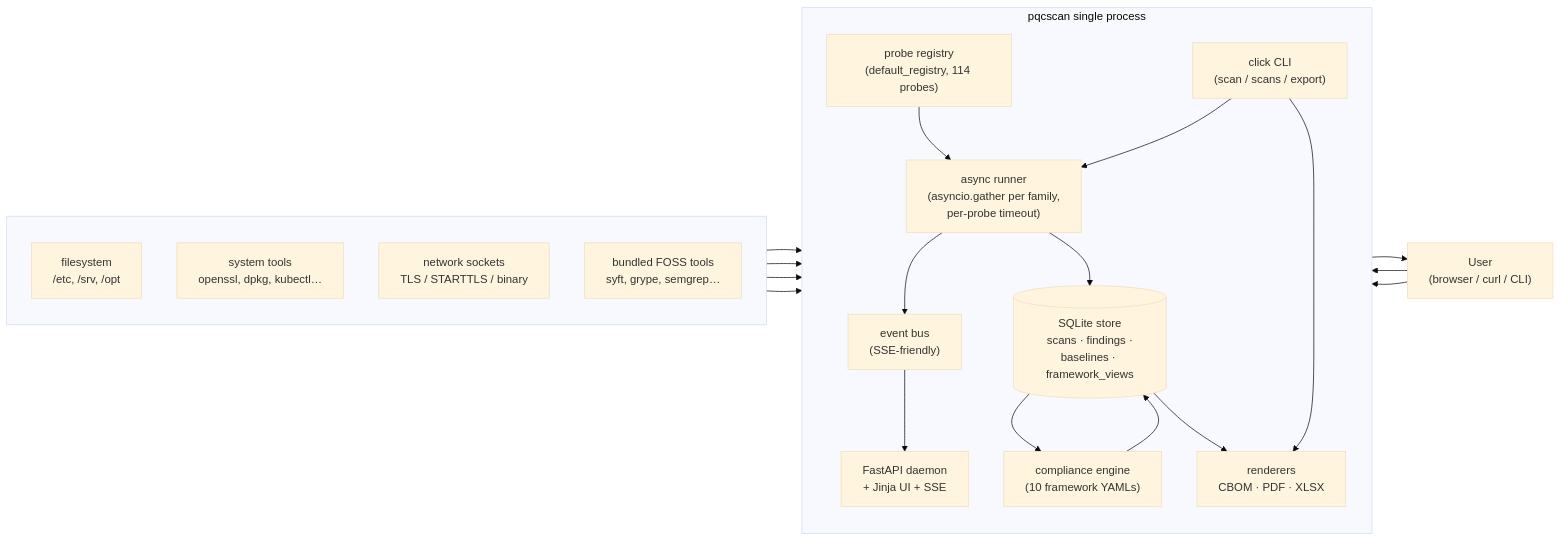
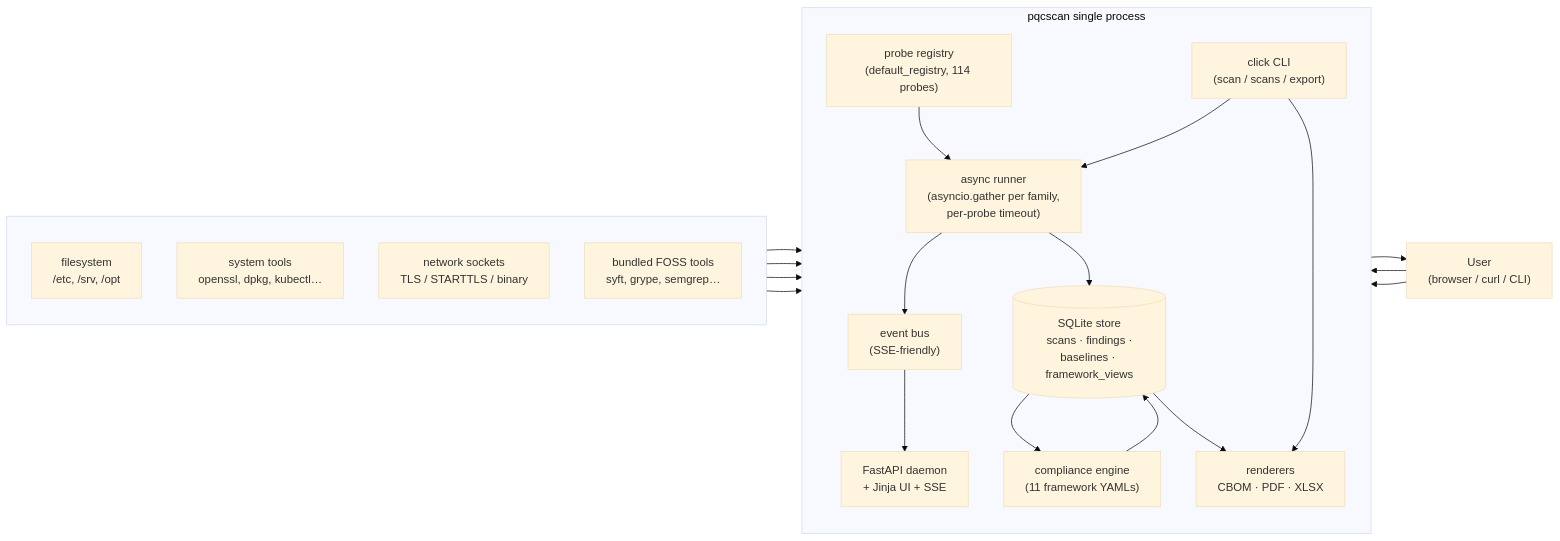
Before and after one commit to orengacademy/pqc-scanner2: the first of 8 diagrams in README.md, drawn with Mermaid (base theme). The commit also changed other lines of this file and 9 other files, not shown here.

First line of the commit message:
feat(reporting): SARIF 2.1.0 renderer + QRAMM compliance framework

````diff
--- a/README.md
+++ b/README.md
@@ -34,39 +34,39 @@
 ```mermaid
 flowchart LR
     subgraph host[" "]
         direction TB
         FS["filesystem<br/>/etc, /srv, /opt"]
         SYS["system tools<br/>openssl, dpkg, kubectl…"]
         NET["network sockets<br/>TLS / STARTTLS / binary"]
         FOSS["bundled FOSS tools<br/>syft, grype, semgrep…"]
     end
 
     subgraph proc["pqcscan single process"]
         direction TB
         REG["probe registry<br/>(default_registry, 114 probes)"]
         RUN["async runner<br/>(asyncio.gather per family,<br/>per-probe timeout)"]
         BUS["event bus<br/>(SSE-friendly)"]
         REPO[("SQLite store<br/>scans · findings ·<br/>baselines · framework_views")]
-        COMP["compliance engine<br/>(10 framework YAMLs)"]
+        COMP["compliance engine<br/>(11 framework YAMLs)"]
         DAEMON["FastAPI daemon<br/>+ Jinja UI + SSE"]
         CLI["click CLI<br/>(scan / scans / export)"]
         REND["renderers<br/>CBOM · PDF · XLSX"]
     end
 
     USER["User<br/>(browser / curl / CLI)"]
 
     FS  --> RUN
     SYS --> RUN
     NET --> RUN
     FOSS --> RUN
     REG --> RUN
     RUN --> BUS --> DAEMON
     RUN --> REPO
     REPO --> COMP --> REPO
     REPO --> REND
     DAEMON --> USER
     CLI   --> RUN
     CLI   --> REND
     USER  --> DAEMON
     USER  --> CLI
 ```
````
